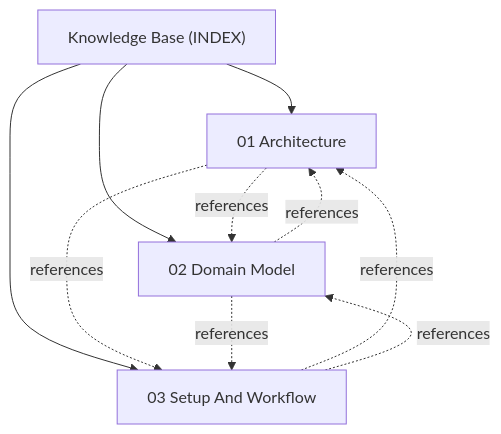
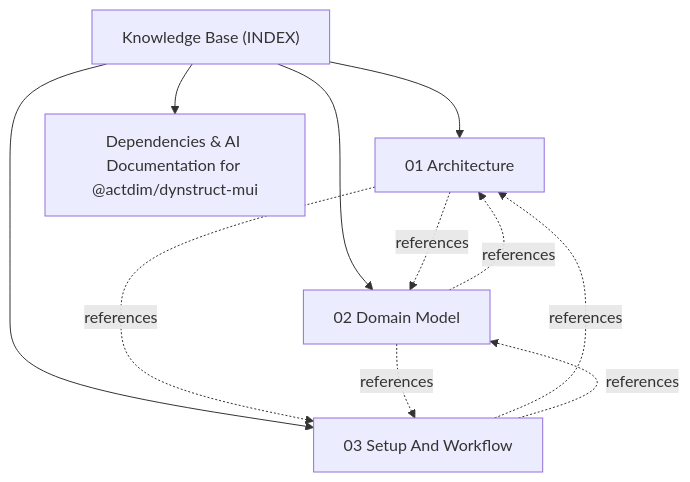
The diagram in docs/INDEX.md (actdim/dynstruct-mui), drawn with Mermaid before and after one commit. The commit also changed other lines of this file and 47 other files, not shown here.

Commit message:
[task--sync-dependencies-and-version] sync dependencies documentation, ESLint config, and bump to v1.7.2

````diff
--- a/docs/INDEX.md
+++ b/docs/INDEX.md
@@ -17,16 +17,18 @@
 ```mermaid
 flowchart TD
     INDEX["Knowledge Base (INDEX)"]
     T_ARCHITECTURE["01 Architecture"]
     INDEX --> T_ARCHITECTURE
+    T_DEPENDENCIES["Dependencies & AI Documentation for @actdim/dynstruct-mui"]
+    INDEX --> T_DEPENDENCIES
     T_DOMAIN_MODEL["02 Domain Model"]
     INDEX --> T_DOMAIN_MODEL
     T_SETUP_AND_WORKFLOW["03 Setup And Workflow"]
     INDEX --> T_SETUP_AND_WORKFLOW
     T_ARCHITECTURE -.->|references| T_DOMAIN_MODEL
     T_ARCHITECTURE -.->|references| T_SETUP_AND_WORKFLOW
     T_DOMAIN_MODEL -.->|references| T_ARCHITECTURE
     T_DOMAIN_MODEL -.->|references| T_SETUP_AND_WORKFLOW
     T_SETUP_AND_WORKFLOW -.->|references| T_ARCHITECTURE
     T_SETUP_AND_WORKFLOW -.->|references| T_DOMAIN_MODEL
 ```
````
